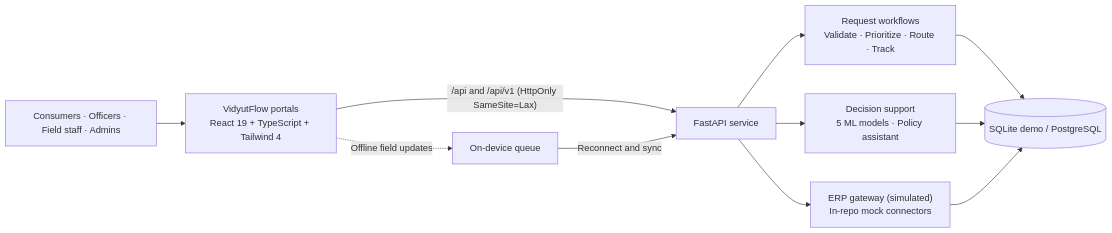
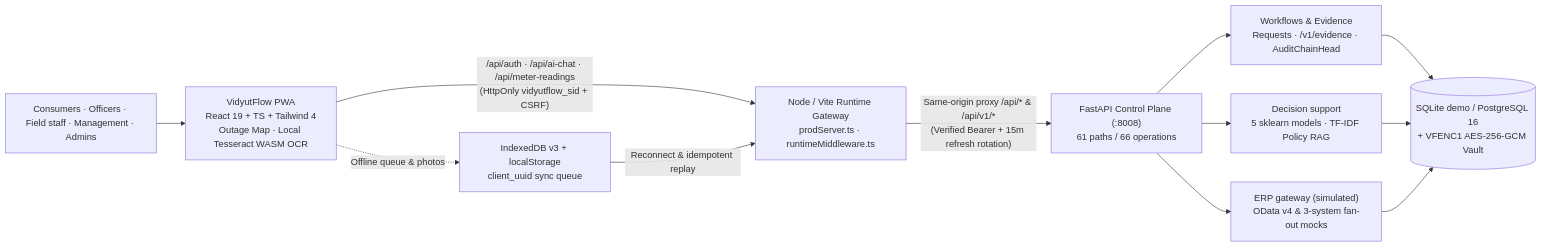
One commit to Yogeshsingh123-LAB/VidyutFlow changed the diagram in README.md. Above: the diagram before and after it, drawn with Mermaid. The commit also changed other lines of this file and 1 other file, not shown here.

Commit message:
docs(architecture): align README and ARCHITECTURE with two-tier Node/FastAPI runtime, Phases 10/11/13, and 61-path contract

````diff
--- a/README.md
+++ b/README.md
@@ -44,13 +51,14 @@
 ```mermaid
 flowchart LR
-    USERS["Consumers · Officers · Field staff · Admins"] --> PORTAL["VidyutFlow portals<br/>React 19 + TypeScript + Tailwind 4"]
-    PORTAL -->|"/api and /api/v1 (HttpOnly SameSite=Lax)"| API["FastAPI service"]
-    PORTAL -. "Offline field updates" .-> QUEUE["On-device queue"]
-    QUEUE -->|"Reconnect and sync"| API
-    API --> WORK["Request workflows<br/>Validate · Prioritize · Route · Track"]
-    API --> SUPPORT["Decision support<br/>5 ML models · Policy assistant"]
-    API --> ERP["ERP gateway (simulated)<br/>In-repo mock connectors"]
-    WORK --> DATA[("SQLite demo / PostgreSQL")]
+    USERS["Consumers · Officers · Field staff · Management · Admins"] --> PWA["VidyutFlow PWA<br/>React 19 + TS + Tailwind 4<br/>Outage Map · Local Tesseract WASM OCR"]
+    PWA -. "Offline queue & photos" .-> IDB["IndexedDB v3 + localStorage<br/>client_uuid sync queue"]
+    PWA -->|"/api/auth · /api/ai-chat · /api/meter-readings<br/>(HttpOnly vidyutflow_sid + CSRF)"| NODE["Node / Vite Runtime Gateway<br/>prodServer.ts · runtimeMiddleware.ts"]
+    IDB -->|"Reconnect & idempotent replay"| NODE
+    NODE -->|"Same-origin proxy /api/* & /api/v1/*<br/>(Verified Bearer + 15m refresh rotation)"| API["FastAPI Control Plane (:8008)<br/>61 paths / 66 operations"]
+    API --> WORK["Workflows & Evidence<br/>Requests · /v1/evidence · AuditChainHead"]
+    API --> SUPPORT["Decision support<br/>5 sklearn models · TF-IDF Policy RAG"]
+    API --> ERP["ERP gateway (simulated)<br/>OData v4 & 3-system fan-out mocks"]
+    WORK --> DATA[("SQLite demo / PostgreSQL 16<br/>+ VFENC1 AES-256-GCM Vault")]
     SUPPORT --> DATA
     ERP --> DATA
 ```
````
